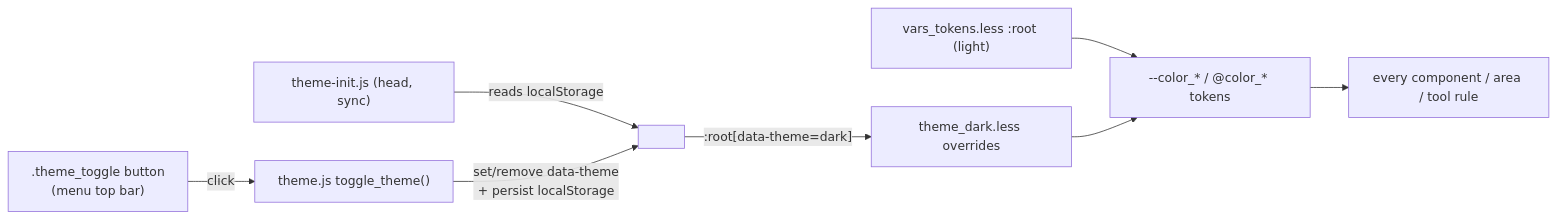
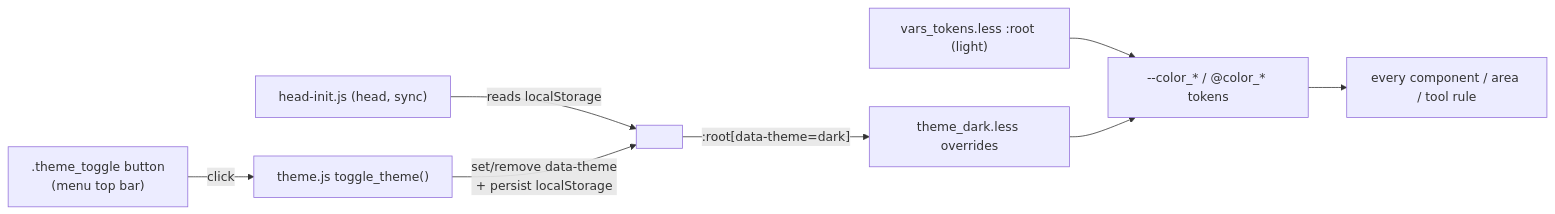
The diagram in docs/core/ui/themes.md (dedalia-org/dedalo), drawn with Mermaid before and after one commit. The commit also changed other lines of this file and 28 other files, not shown here.

````diff
--- a/docs/core/ui/themes.md
+++ b/docs/core/ui/themes.md
@@ -210,10 +210,10 @@
 ```mermaid
 flowchart LR
-    INIT["theme-init.js (head, sync)"] -->|reads localStorage| HTML["<html data-theme>"]
+    INIT["head-init.js (head, sync)"] -->|reads localStorage| HTML["<html data-theme>"]
     TOGGLE[".theme_toggle button<br/>(menu top bar)"] -->|click| TJS["theme.js toggle_theme()"]
     TJS -->|set/remove data-theme<br/>+ persist localStorage| HTML
     HTML -->|":root[data-theme=dark]"| DARK["theme_dark.less overrides"]
     VARS["vars_tokens.less :root (light)"] --> TOKENS["--color_* / @color_* tokens"]
     DARK --> TOKENS
     TOKENS --> CSS["every component / area / tool rule"]
 ```
````
